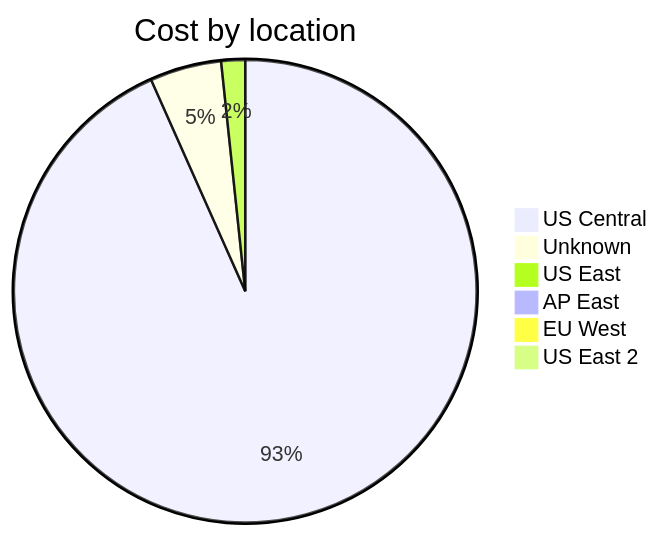
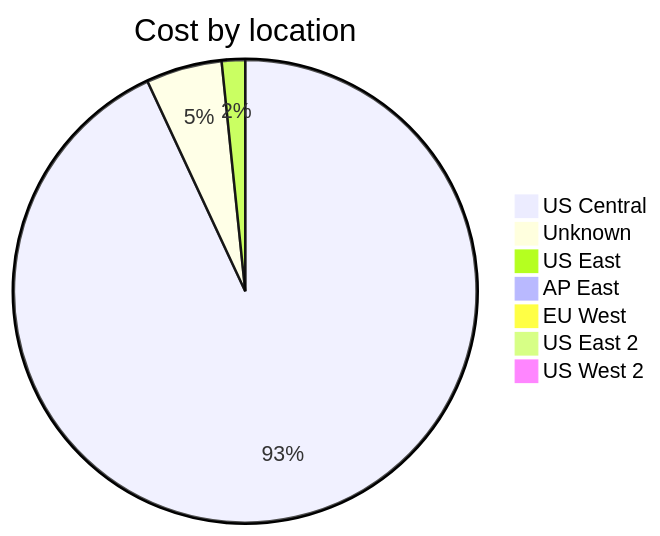
Before and after one commit to jpfulton/azure-personal-reports: the third of 4 diagrams in cost-reports/accumulated-cost.md, drawn with Mermaid. The commit also changed other lines of this file and 4 other files, not shown here.

````diff
--- a/cost-reports/accumulated-cost.md
+++ b/cost-reports/accumulated-cost.md
@@ -118,10 +119,11 @@
 ```mermaid
 pie
    title Cost by location
-   "US Central" : 1.68
-   "Unknown" : 0.09
-   "US East" : 0.03
+   "US Central" : 2.28
+   "Unknown" : 0.13
+   "US East" : 0.04
    "AP East" : 0.00
    "EU West" : 0.00
    "US East 2" : 0.00
+   "US West 2" : 0.00
 ```
````
